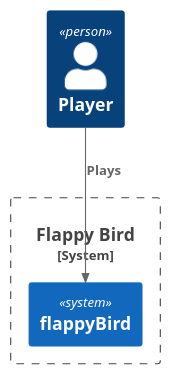
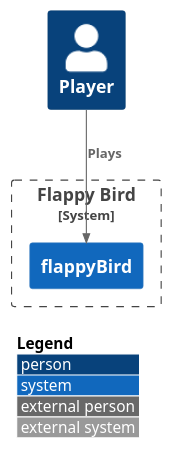
One commit to johanlindfors/GameEngineSandbox changed the diagram in docs/context.pu. Above: the diagram before and after it, drawn with PlantUML. The commit also changed 2 other files, not shown here.

Commit message:
Updated documentation diagrams

```diff
--- a/docs/context.pu
+++ b/docs/context.pu
@@ -1,12 +1,14 @@
 @startuml GameEngineSandbox
 !include https://raw.githubusercontent.com/plantuml-stdlib/C4-PlantUML/master/C4_Context.puml
+
+LAYOUT_WITH_LEGEND()
 
 Person(player, "Player")
 
 System_Boundary(boundary, "Flappy Bird") {
     System(flappyBird, "flappyBird")
 }
 
 Rel(player, flappyBird, Plays)
 
 @enduml
```
